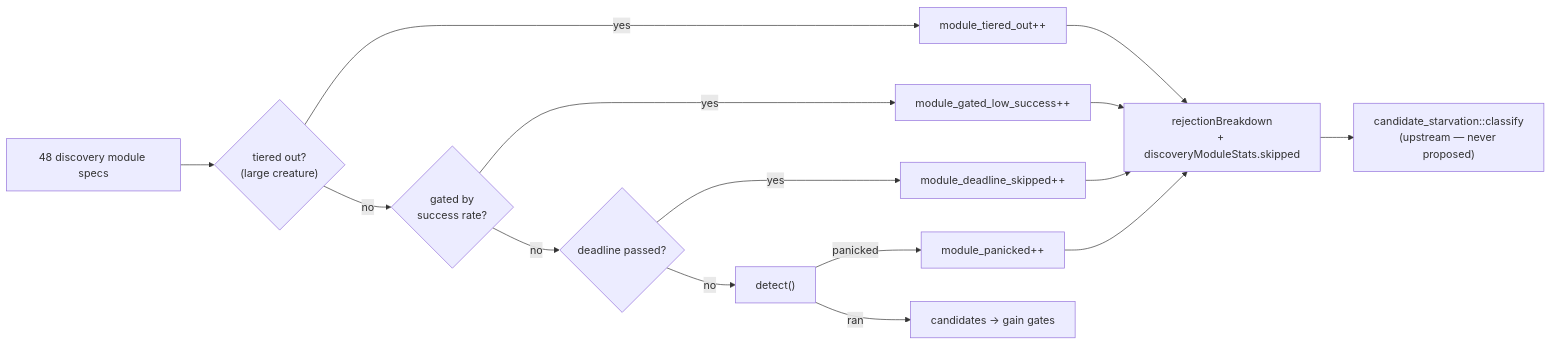
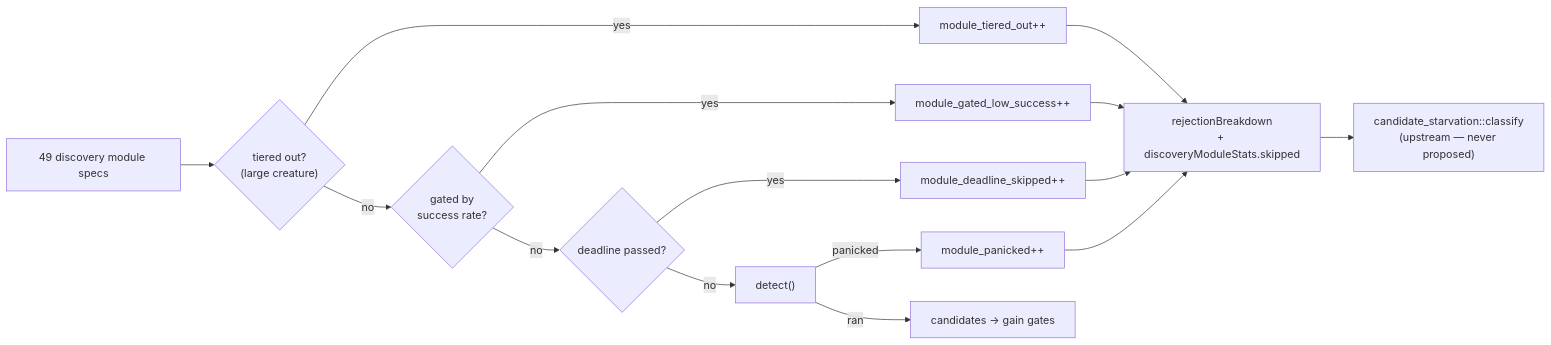
The tenth of 10 diagrams in docs/FFI_API.md (stSoftwareAU/NEAT-AI-Discovery), drawn with Mermaid before and after one commit. The commit also changed 6 other files, not shown here.

````diff
--- a/docs/FFI_API.md
+++ b/docs/FFI_API.md
@@ -1036,17 +1036,17 @@
 ```mermaid
 flowchart LR
-    S["48 discovery module specs"] --> T{"tiered out?<br/>(large creature)"}
+    S["49 discovery module specs"] --> T{"tiered out?<br/>(large creature)"}
     T -->|yes| K1["module_tiered_out++"]
     T -->|no| G{"gated by<br/>success rate?"}
     G -->|yes| K2["module_gated_low_success++"]
     G -->|no| D{"deadline passed?"}
     D -->|yes| K3["module_deadline_skipped++"]
     D -->|no| R["detect()"]
     R -->|panicked| K4["module_panicked++"]
     R -->|ran| C["candidates → gain gates"]
     K1 --> B["rejectionBreakdown<br/>+ discoveryModuleStats.skipped"]
     K2 --> B
     K3 --> B
     K4 --> B
     B --> CL["candidate_starvation::classify<br/>(upstream — never proposed)"]
 ```
````
